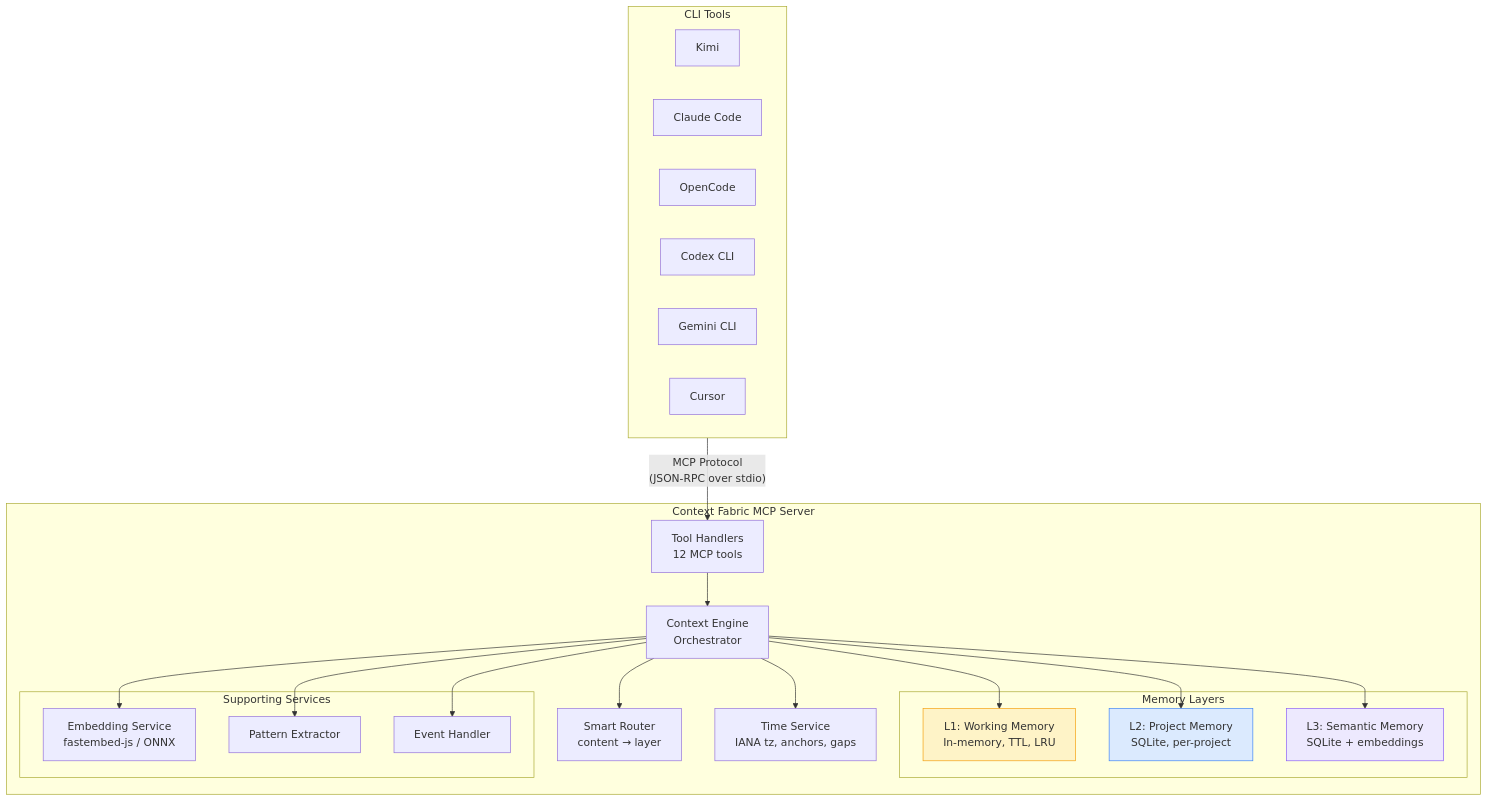
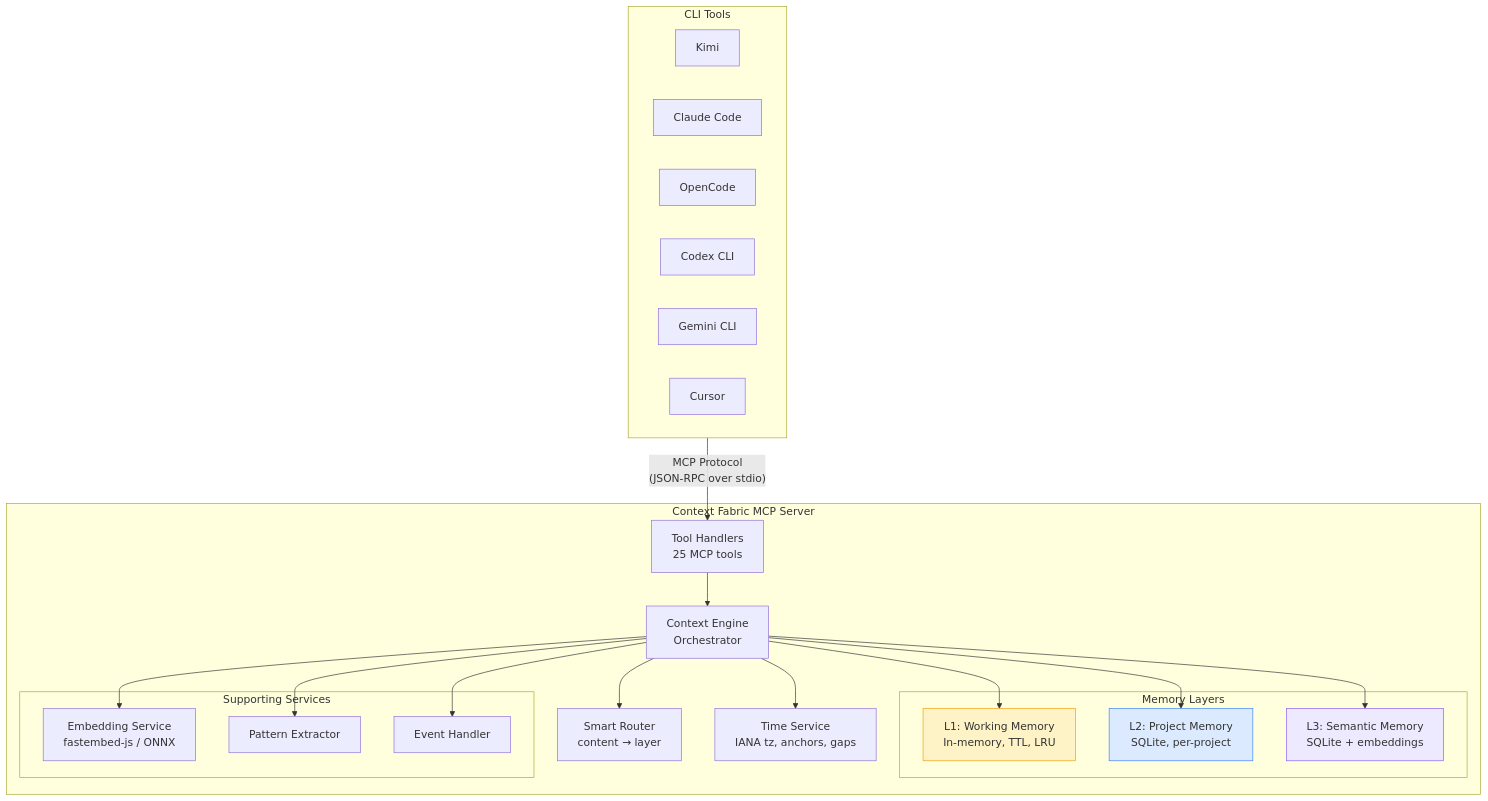
Before and after one commit to Abaddollyon/context-fabric: the first of 9 diagrams in docs/architecture.md, drawn with Mermaid. The commit also changed other lines of this file and 11 other files, not shown here.

````diff
--- a/docs/architecture.md
+++ b/docs/architecture.md
@@ -30,46 +30,46 @@
 ```mermaid
 graph TB
     subgraph Clients["CLI Tools"]
         K["Kimi"]
         CC["Claude Code"]
         OC["OpenCode"]
         CX["Codex CLI"]
         GC["Gemini CLI"]
         CR["Cursor"]
     end
 
     subgraph Server["Context Fabric MCP Server"]
-        TH["Tool Handlers\n12 MCP tools"]
+        TH["Tool Handlers\n25 MCP tools"]
         CE["Context Engine\nOrchestrator"]
         SR["Smart Router\ncontent → layer"]
         TS["Time Service\nIANA tz, anchors, gaps"]
 
         subgraph Layers["Memory Layers"]
             L1["L1: Working Memory\nIn-memory, TTL, LRU"]
             L2["L2: Project Memory\nSQLite, per-project"]
             L3["L3: Semantic Memory\nSQLite + embeddings"]
         end
 
         subgraph Services["Supporting Services"]
             ES["Embedding Service\nfastembed-js / ONNX"]
             PE["Pattern Extractor"]
             EH["Event Handler"]
         end
 
         TH --> CE
         CE --> SR
         CE --> TS
         CE --> L1
         CE --> L2
         CE --> L3
         CE --> ES
         CE --> PE
         CE --> EH
     end
 
     Clients -->|"MCP Protocol\n(JSON-RPC over stdio)"| TH
 
     style L1 fill:#fef3c7,stroke:#f59e0b
     style L2 fill:#dbeafe,stroke:#3b82f6
     style L3 fill:#ede9fe,stroke:#8b5cf6
 ```
````
